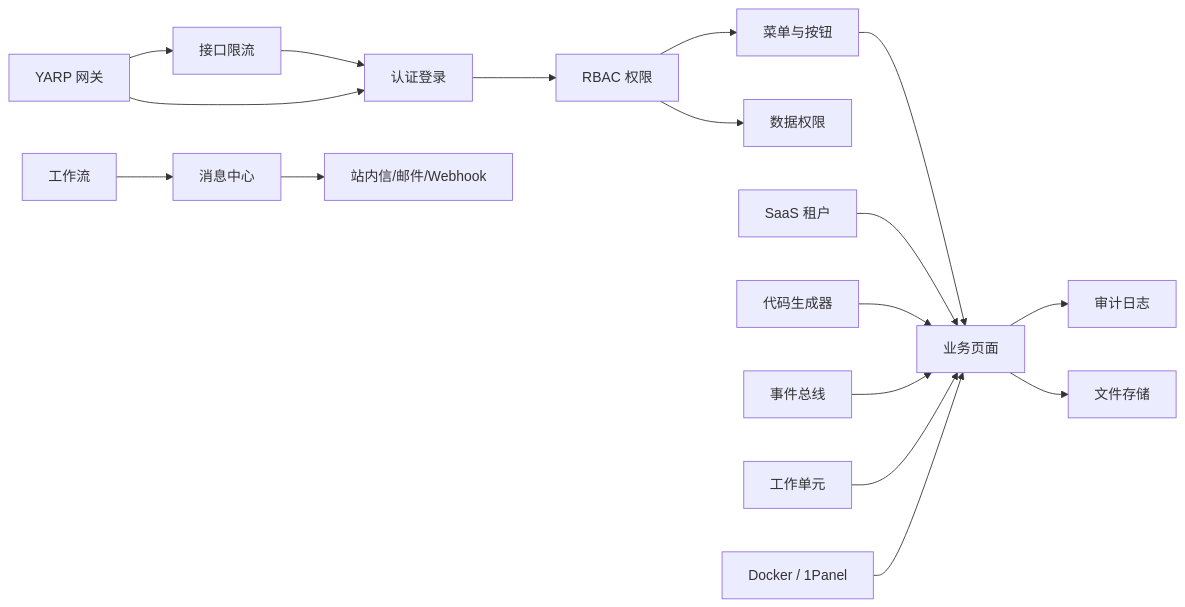
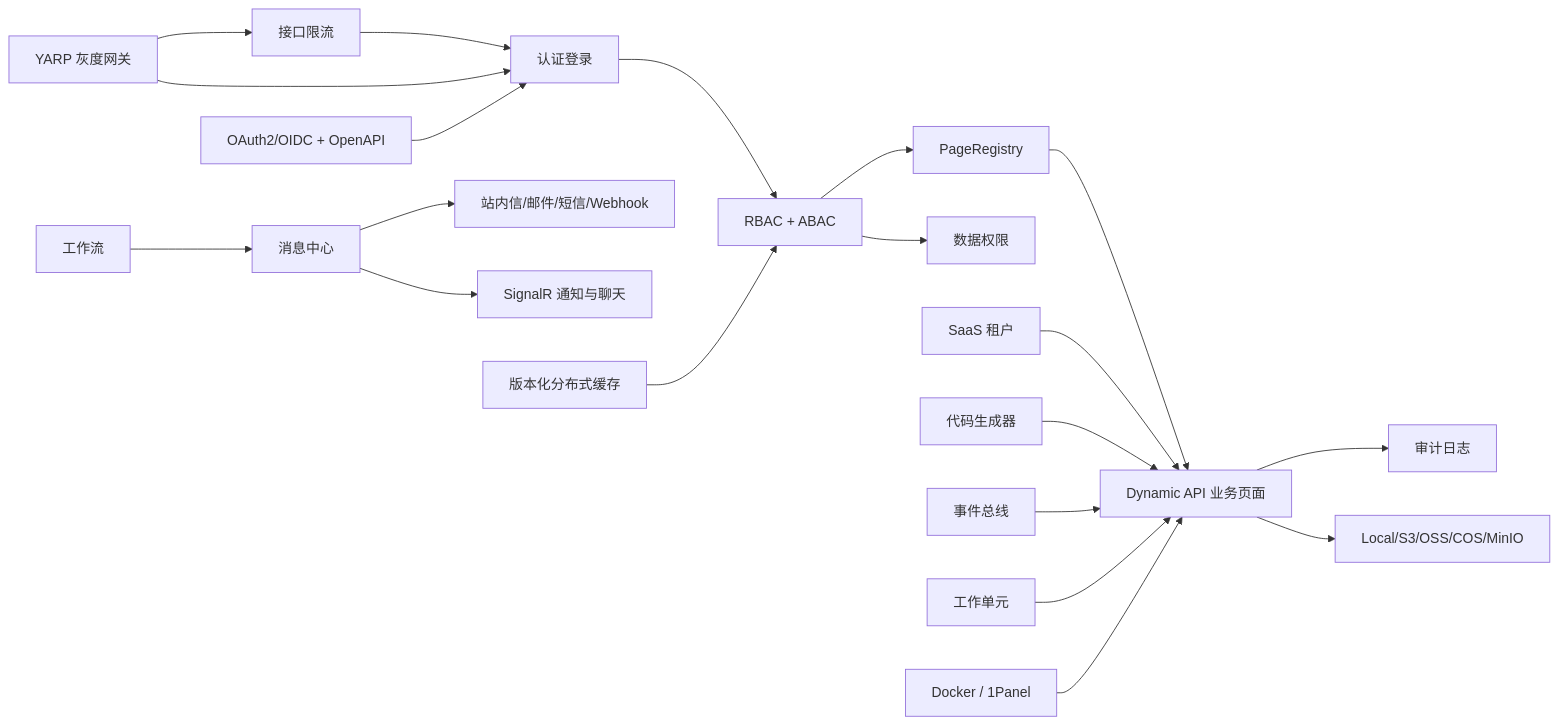
One commit to tellmevx-cell/mini-admin changed the diagram in docs-site/features/overview.md. Above: the diagram before and after it, drawn with Mermaid. The commit also changed other lines of this file and 177 other files, not shown here.

````diff
--- a/docs-site/features/overview.md
+++ b/docs-site/features/overview.md
@@ -7,19 +7,22 @@
 ```mermaid
 flowchart LR
-    A["认证登录"] --> B["RBAC 权限"]
-    B --> C["菜单与按钮"]
+    A["认证登录"] --> B["RBAC + ABAC"]
+    B --> C["PageRegistry"]
     B --> D["数据权限"]
-    C --> E["业务页面"]
+    C --> E["Dynamic API 业务页面"]
     F["SaaS 租户"] --> E
     G["工作流"] --> H["消息中心"]
-    H --> I["站内信/邮件/Webhook"]
+    H --> I["站内信/邮件/短信/Webhook"]
+    H --> R["SignalR 通知与聊天"]
     E --> J["审计日志"]
-    E --> K["文件存储"]
+    E --> K["Local/S3/OSS/COS/MinIO"]
     L["代码生成器"] --> E
     M["事件总线"] --> E
     N["工作单元"] --> E
     O["接口限流"] --> A
     P["Docker / 1Panel"] --> E
-    Q["YARP 网关"] --> O
+    Q["YARP 灰度网关"] --> O
     Q --> A
+    S["版本化分布式缓存"] --> B
+    T["OAuth2/OIDC + OpenAPI"] --> A
 ```
````
